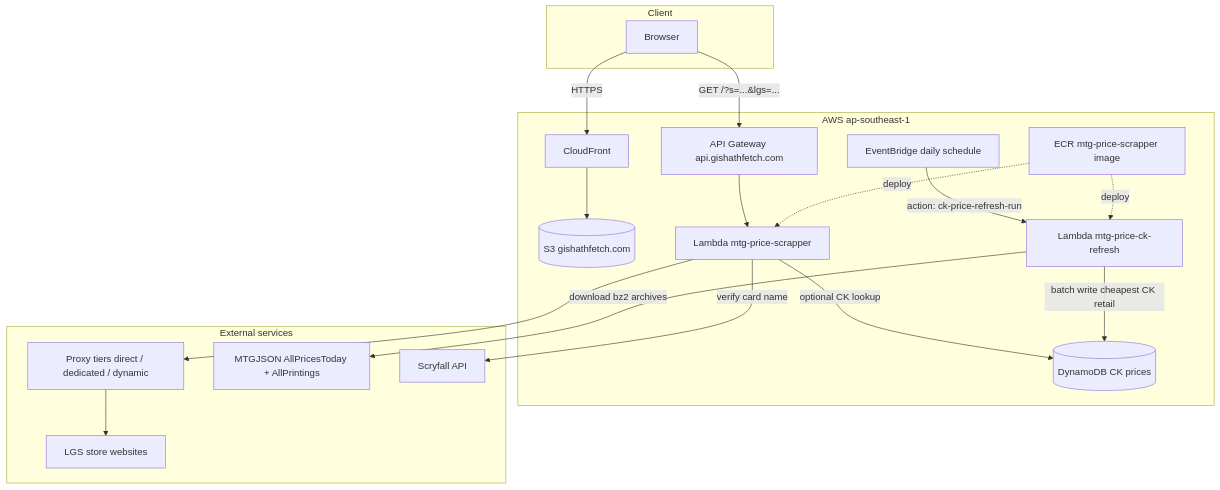
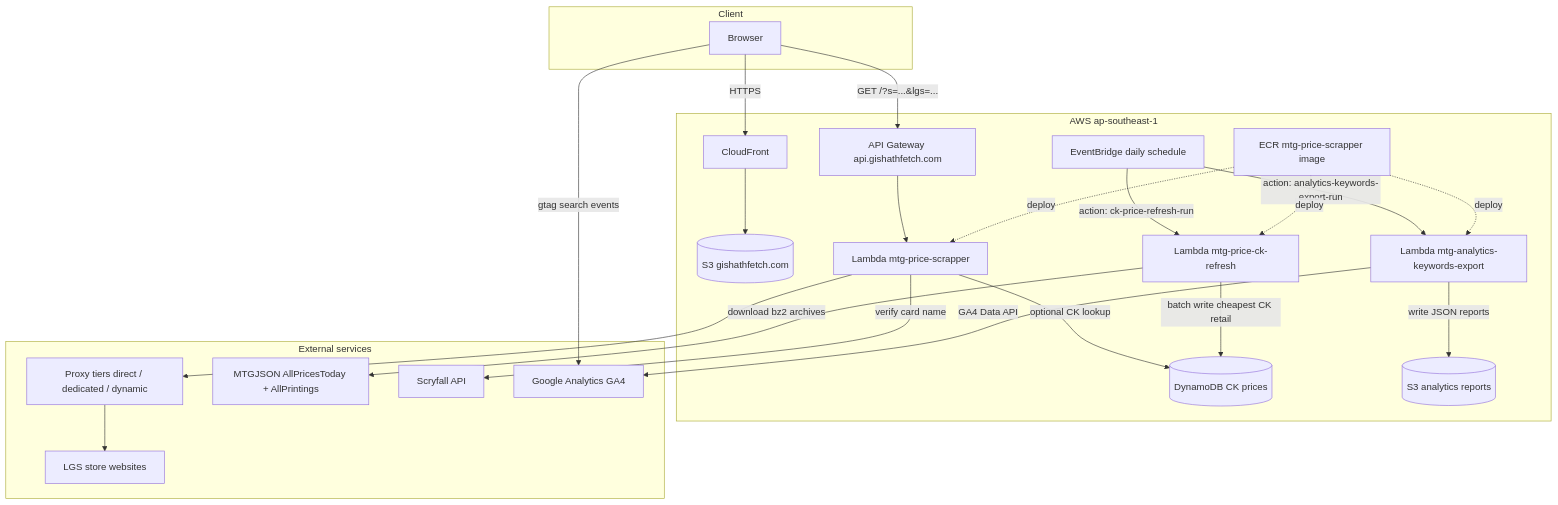
The first of 5 diagrams in README.md (xenodus/gishathfetch), drawn with Mermaid before and after one commit. The commit also changed other lines of this file and 1301 other files, not shown here.

First line of the commit message:
Add daily GA4 analytics keywords export Lambda (#173)

````diff
--- a/README.md
+++ b/README.md
@@ -28,38 +28,46 @@
 ```mermaid
 flowchart TB
     subgraph client["Client"]
         Browser[Browser]
     end
 
     subgraph aws["AWS ap-southeast-1"]
         CF[CloudFront]
         S3[(S3 gishathfetch.com)]
         AGW[API Gateway api.gishathfetch.com]
         SearchLambda[Lambda mtg-price-scrapper]
         RefreshLambda[Lambda mtg-price-ck-refresh]
+        AnalyticsLambda[Lambda mtg-analytics-keywords-export]
         EB[EventBridge daily schedule]
         DDB[(DynamoDB CK prices)]
+        AnalyticsS3[(S3 analytics reports)]
         ECR[ECR mtg-price-scrapper image]
     end
 
     subgraph external["External services"]
         LGS[LGS store websites]
         Proxies[Proxy tiers direct / dedicated / dynamic]
         MTGJSON[MTGJSON AllPricesToday + AllPrintings]
         Scryfall[Scryfall API]
+        GA4[Google Analytics GA4]
     end
 
     Browser -->|HTTPS| CF
     CF --> S3
+    Browser -->|gtag search events| GA4
     Browser -->|GET /?s=...&lgs=...| AGW
     AGW --> SearchLambda
     SearchLambda --> Proxies
     Proxies --> LGS
     SearchLambda -->|optional CK lookup| DDB
     SearchLambda -->|verify card name| Scryfall
     EB -->|action: ck-price-refresh-run| RefreshLambda
     RefreshLambda -->|download bz2 archives| MTGJSON
     RefreshLambda -->|batch write cheapest CK retail| DDB
+    EB -->|action: analytics-keywords-export-run| AnalyticsLambda
+    AnalyticsLambda -->|GA4 Data API| GA4
+    AnalyticsLambda -->|write JSON reports| AnalyticsS3
     ECR -.->|deploy| SearchLambda
     ECR -.->|deploy| RefreshLambda
+    ECR -.->|deploy| AnalyticsLambda
 ```
````
